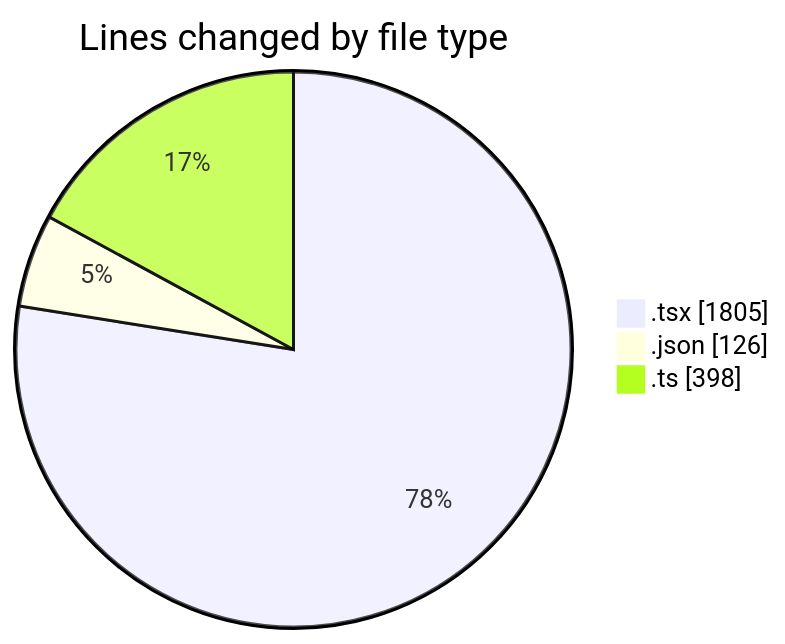
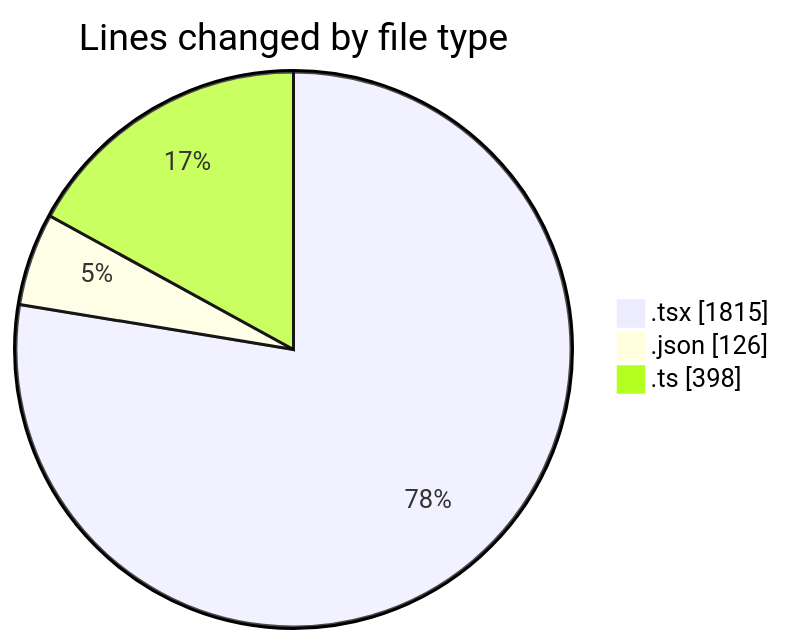
Before and after one commit to nxtqubesakshisongat/code-tracking: the first of 2 diagrams in 2026-03-30/nxtqube_webapp/README.md, drawn with Mermaid. The commit also changed other lines of this file and 1 other file, not shown here.

````diff
--- a/2026-03-30/nxtqube_webapp/README.md
+++ b/2026-03-30/nxtqube_webapp/README.md
@@ -24,7 +25,7 @@
 ```mermaid
 pie showData
 title Lines changed by file type
-".tsx" : 1805
+".tsx" : 1815
 ".json" : 126
 ".ts" : 398
 ```
````
